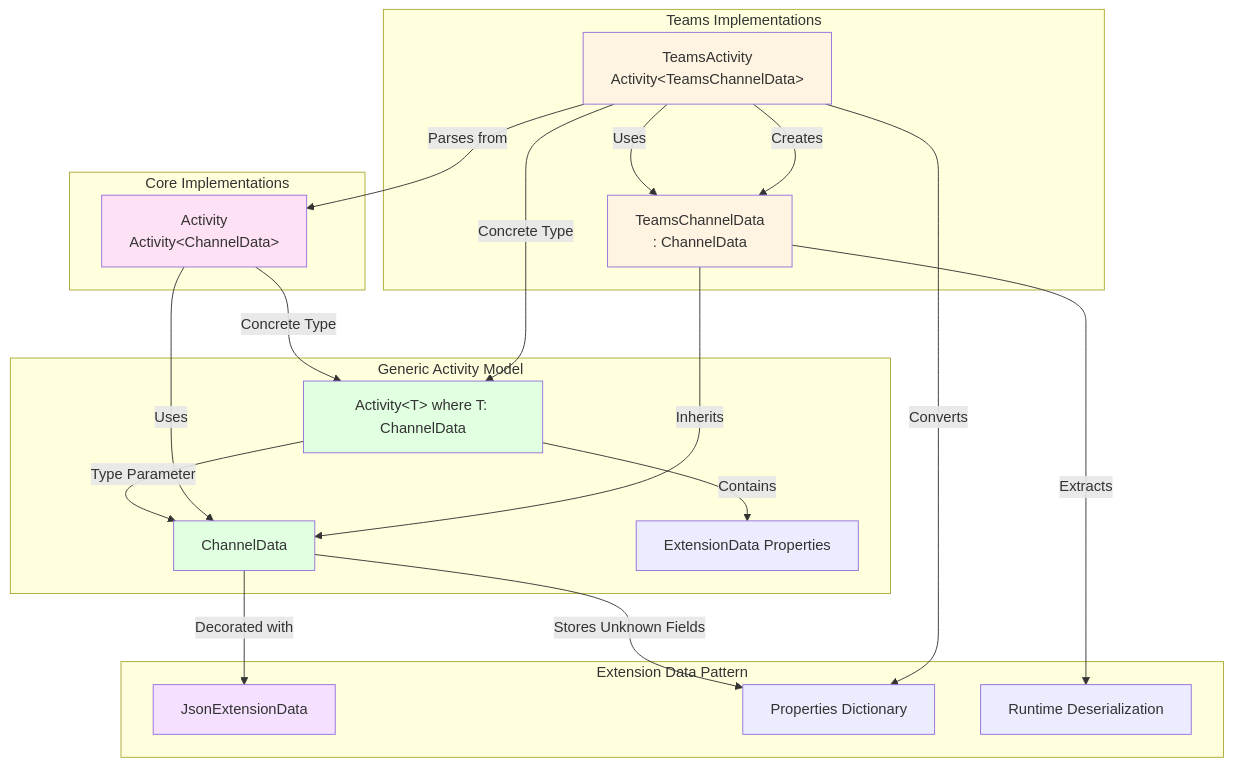
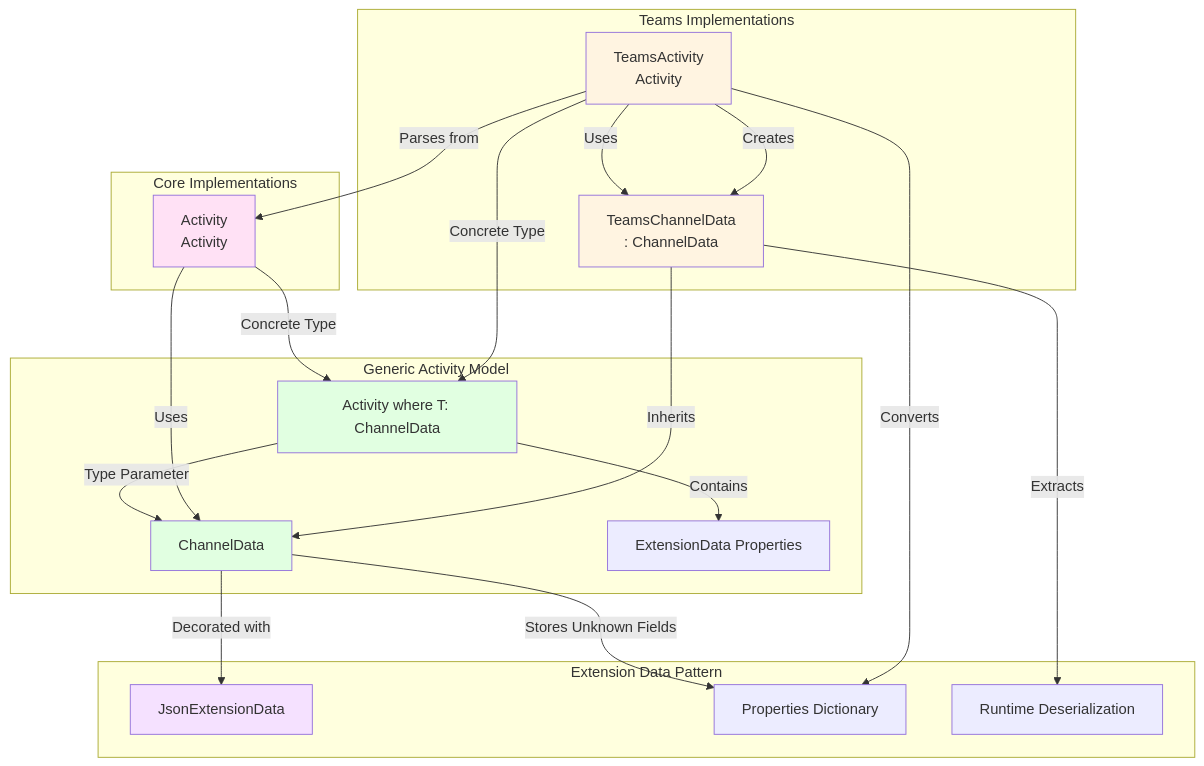
One commit to agnte/Rido.BFLite changed the ninth of 10 diagrams in docs/ARCHITECTURE.md. Above: the diagram before and after it, drawn with Mermaid. The commit also changed other lines of this file, not shown here.

Commit message:
Fix Mermaid diagram rendering issues - replace HTML entities with proper syntax

````diff
--- a/docs/ARCHITECTURE.md
+++ b/docs/ARCHITECTURE.md
@@ -571,48 +571,48 @@
 ```mermaid
 graph TB
     subgraph "Generic Activity Model"
-        AT[Activity&lt;T&gt; where T: ChannelData]
+        AT["Activity<T> where T: ChannelData"]
         ACD[ChannelData]
         EP[ExtensionData Properties]
     end
 
     subgraph "Core Implementations"
-        A[Activity<br/>Activity&lt;ChannelData&gt;]
+        A["Activity<br/>Activity<ChannelData>"]
     end
 
     subgraph "Teams Implementations"
-        TA[TeamsActivity<br/>Activity&lt;TeamsChannelData&gt;]
-        TCD[TeamsChannelData<br/>: ChannelData]
+        TA["TeamsActivity<br/>Activity<TeamsChannelData>"]
+        TCD["TeamsChannelData<br/>: ChannelData"]
     end
 
     subgraph "Extension Data Pattern"
         ED1[JsonExtensionData]
         ED2[Properties Dictionary]
         ED3[Runtime Deserialization]
     end
 
     AT -->|Type Parameter| ACD
     AT -->|Contains| EP
     
     A -->|Concrete Type| AT
     A -->|Uses| ACD
     
     TA -->|Concrete Type| AT
     TA -->|Uses| TCD
     TCD -->|Inherits| ACD
     
     ACD -->|Decorated with| ED1
     ACD -->|Stores Unknown Fields| ED2
     
     TA -->|Parses from| A
     TA -->|Converts| ED2
     TA -->|Creates| TCD
     TCD -->|Extracts| ED3
     
     style AT fill:#e1ffe1
     style ACD fill:#e1ffe1
     style A fill:#ffe1f5
     style TA fill:#fff4e1
     style TCD fill:#fff4e1
     style ED1 fill:#f5e1ff
 ```
````
